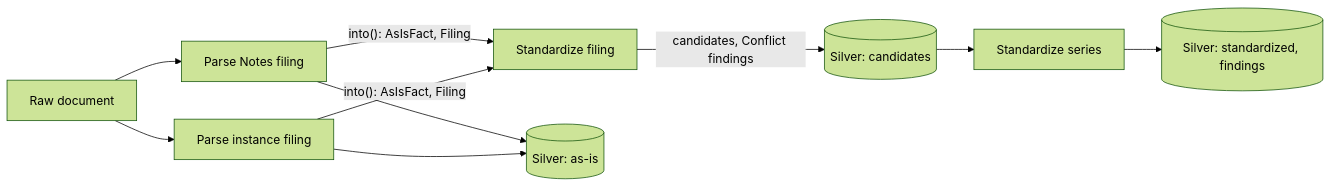
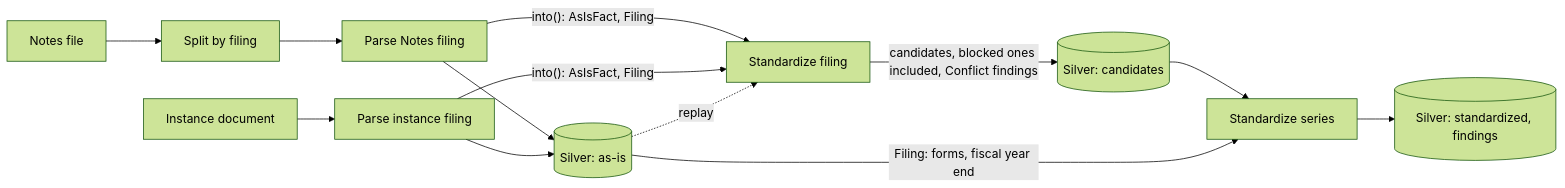
One commit to ironcapitaleu/arkad changed the second of 2 diagrams in xbrl/DESIGN.md. Above: the diagram before and after it, drawn with Mermaid (forest theme). The commit also changed other lines of this file, not shown here.

````diff
--- a/xbrl/DESIGN.md
+++ b/xbrl/DESIGN.md
@@ -671,12 +671,14 @@
 ```mermaid
 flowchart LR
-  RAW[Raw document] --> PN[Parse Notes filing]
-  RAW --> PI[Parse instance filing]
+  NF[Notes file] --> SP[Split by filing] --> PN[Parse Notes filing]
+  IX[Instance document] --> PI[Parse instance filing]
   PN -- "into(): AsIsFact, Filing" --> SF[Standardize filing]
   PI -- "into(): AsIsFact, Filing" --> SF
   PN --> AS[(Silver: as-is)]
   PI --> AS
-  SF -- "candidates, Conflict findings" --> CS[(Silver: candidates)]
+  AS -. replay .-> SF
+  SF -- "candidates, blocked ones included, Conflict findings" --> CS[(Silver: candidates)]
   CS --> SE[Standardize series]
+  AS -- "Filing: forms, fiscal year end" --> SE
   SE --> ST[(Silver: standardized, findings)]
 ```
````
